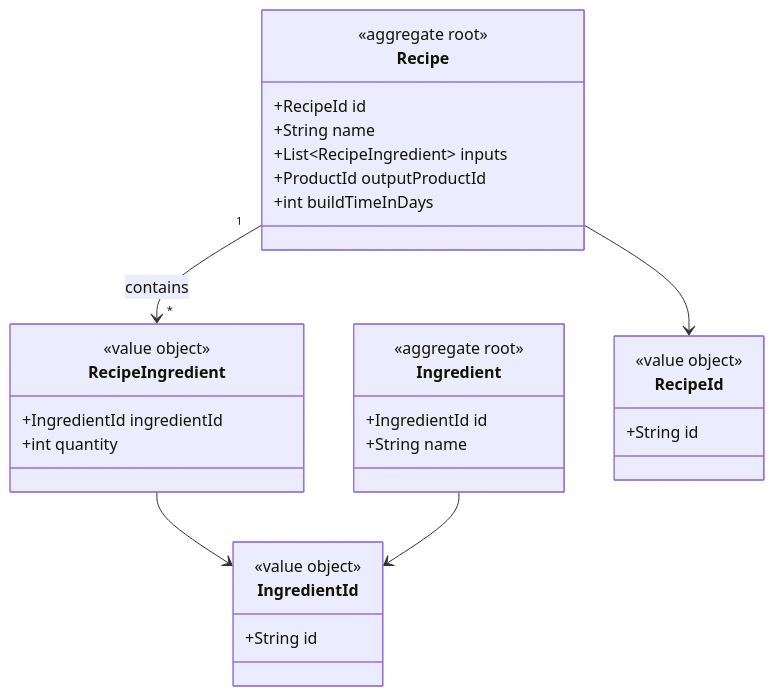
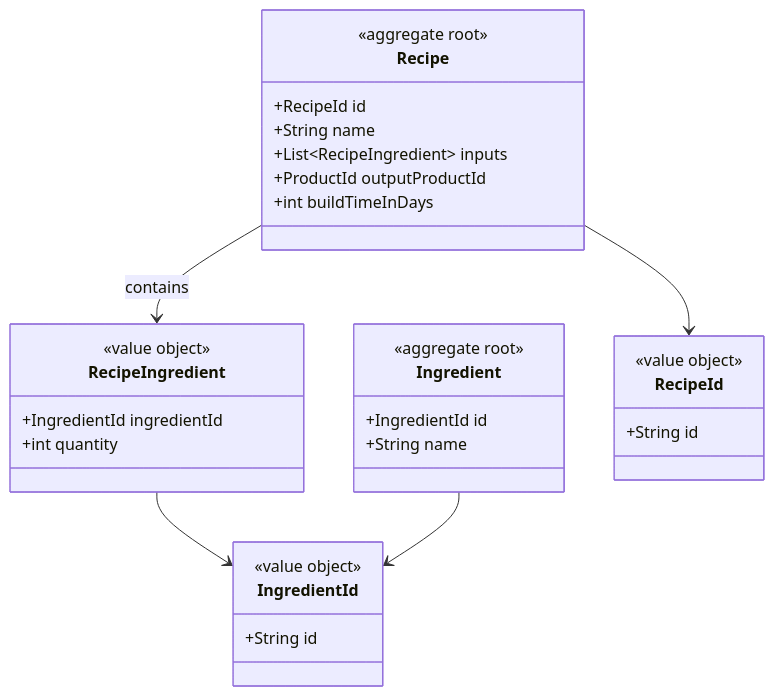
One commit to PauLopNun/workshop-suministros changed the third of 6 diagrams in production/ddd.md. Above: the diagram before and after it, drawn with Mermaid. The commit also changed other lines of this file, not shown here.

Commit message:
docs: modified graphs

````diff
--- a/production/ddd.md
+++ b/production/ddd.md
@@ -79,33 +74,33 @@
 ```mermaid
 classDiagram
     class Recipe {
         <<aggregate root>>
         +RecipeId id
         +String name
         +List~RecipeIngredient~ inputs
         +ProductId outputProductId
         +int buildTimeInDays
     }
     class RecipeIngredient {
         <<value object>>
         +IngredientId ingredientId
         +int quantity
     }
     class Ingredient {
         <<aggregate root>>
         +IngredientId id
         +String name
     }
     class IngredientId {
         <<value object>>
         +String id
     }
     class RecipeId {
         <<value object>>
         +String id
     }
     Recipe --> RecipeId
-    Recipe "1" --> "*" RecipeIngredient : contains
+    Recipe --> RecipeIngredient : contains
     RecipeIngredient --> IngredientId
     Ingredient --> IngredientId
 ```
````
